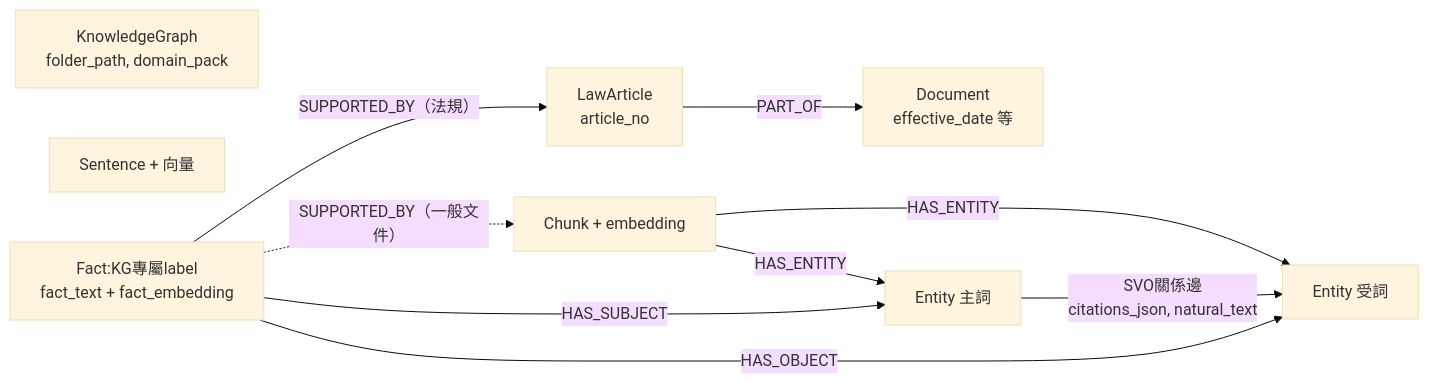
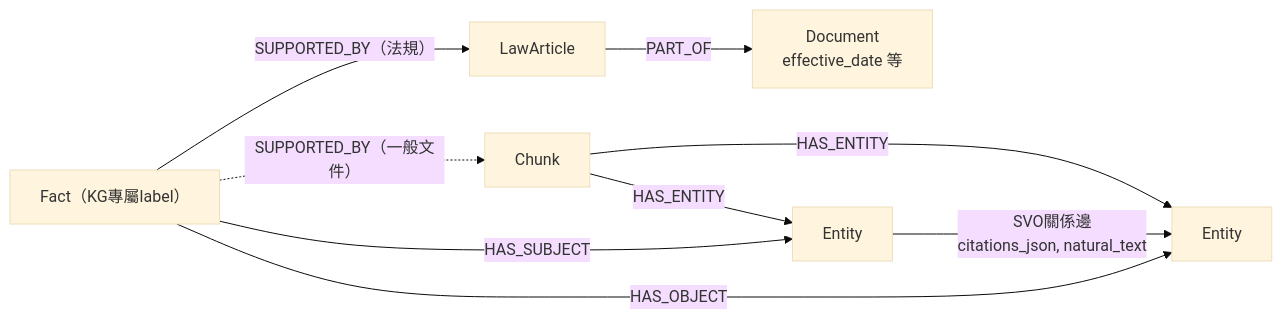
The eighth of 12 diagrams in docs/報告/95_專案節點流程總覽與設計說明.md (Chester930/world-knowledge-graph-rag), drawn with Mermaid (base theme) before and after one commit. The commit also changed other lines of this file and 1 other file, not shown here.

````diff
--- a/docs/報告/95_專案節點流程總覽與設計說明.md
+++ b/docs/報告/95_專案節點流程總覽與設計說明.md
@@ -263,18 +304,16 @@
 ```mermaid
 flowchart LR
-    KG["KnowledgeGraph<br/>folder_path, domain_pack"]
     DOC["Document<br/>effective_date 等"]
-    ART["LawArticle<br/>article_no"]
-    CH["Chunk + embedding"]
-    SEN["Sentence + 向量"]
-    E1["Entity 主詞"]
-    E2["Entity 受詞"]
-    F["Fact:KG專屬label<br/>fact_text + fact_embedding"]
+    ART["LawArticle"]
+    CH["Chunk"]
+    E1["Entity"]
+    E2["Entity"]
+    F["Fact（KG專屬label）"]
     ART -- PART_OF --> DOC
     CH -- HAS_ENTITY --> E1 & E2
     E1 -- "SVO關係邊<br/>citations_json, natural_text" --> E2
     F -- HAS_SUBJECT --> E1
     F -- HAS_OBJECT --> E2
     F -- "SUPPORTED_BY（法規）" --> ART
     F -. "SUPPORTED_BY（一般文件）" .-> CH
 ```
````
